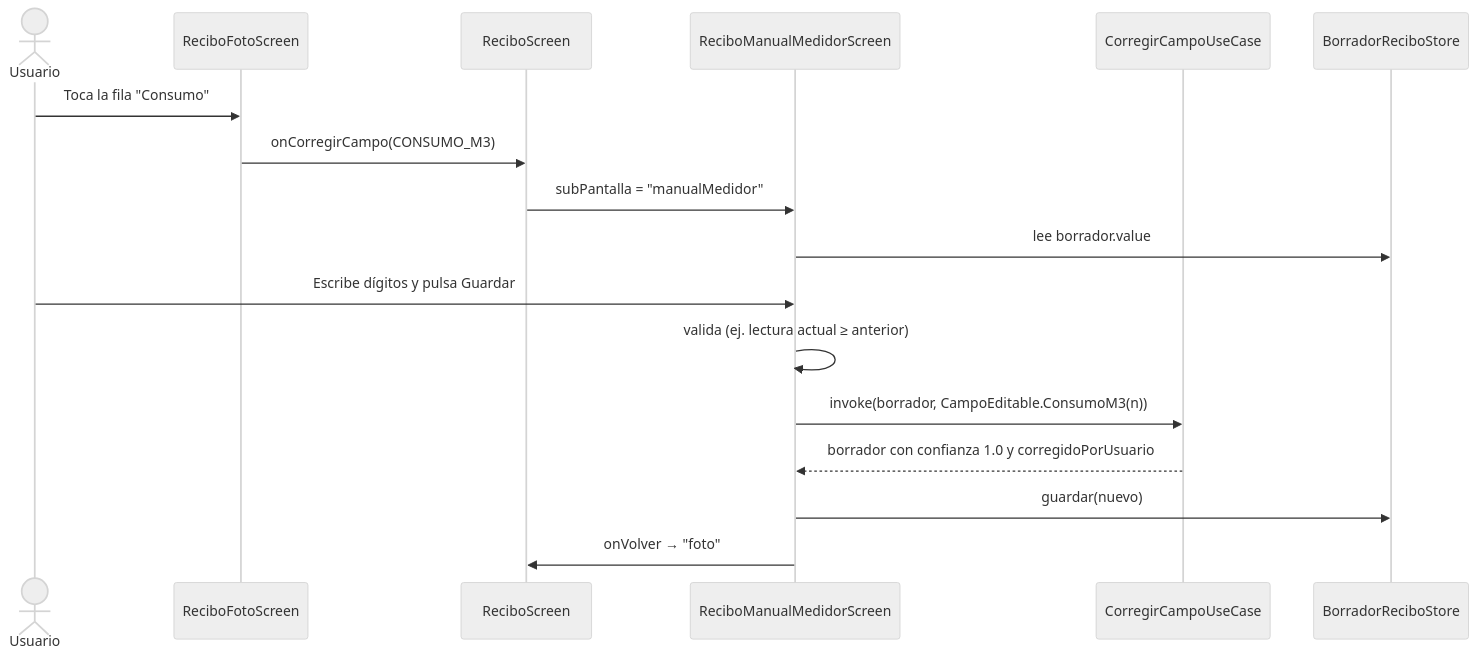
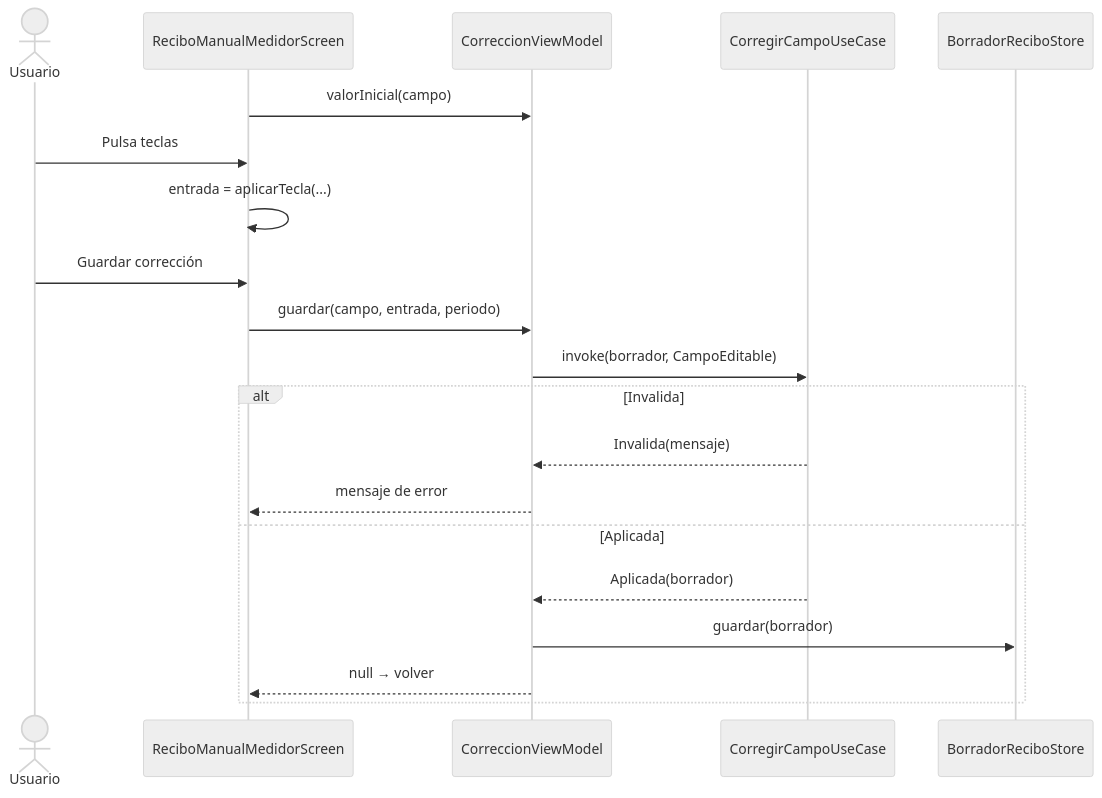
One commit to IkerASierraR/pruebas_antitodo changed the fourth of 10 diagrams in informacionRecibo.md. Above: the diagram before and after it, drawn with Mermaid (neutral theme). The commit also changed other lines of this file, not shown here.

````diff
--- a/informacionRecibo.md
+++ b/informacionRecibo.md
@@ -442,20 +414,23 @@
 ```mermaid
 sequenceDiagram
     actor U as Usuario
-    participant FS as ReciboFotoScreen
-    participant RS as ReciboScreen
     participant MS as ReciboManualMedidorScreen
+    participant CoVM as CorreccionViewModel
     participant CC as CorregirCampoUseCase
     participant BS as BorradorReciboStore
 
-    U->>FS: Toca la fila "Consumo"
-    FS->>RS: onCorregirCampo(CONSUMO_M3)
-    RS->>MS: subPantalla = "manualMedidor"
-    MS->>BS: lee borrador.value
-    U->>MS: Escribe dígitos y pulsa Guardar
-    MS->>MS: valida (ej. lectura actual ≥ anterior)
-    MS->>CC: invoke(borrador, CampoEditable.ConsumoM3(n))
-    CC-->>MS: borrador con confianza 1.0 y corregidoPorUsuario
-    MS->>BS: guardar(nuevo)
-    MS->>RS: onVolver → "foto"
+    MS->>CoVM: valorInicial(campo)
+    U->>MS: Pulsa teclas
+    MS->>MS: entrada = aplicarTecla(...)
+    U->>MS: Guardar corrección
+    MS->>CoVM: guardar(campo, entrada, periodo)
+    CoVM->>CC: invoke(borrador, CampoEditable)
+    alt Invalida
+        CC-->>CoVM: Invalida(mensaje)
+        CoVM-->>MS: mensaje de error
+    else Aplicada
+        CC-->>CoVM: Aplicada(borrador)
+        CoVM->>BS: guardar(borrador)
+        CoVM-->>MS: null → volver
+    end
 ```
````
